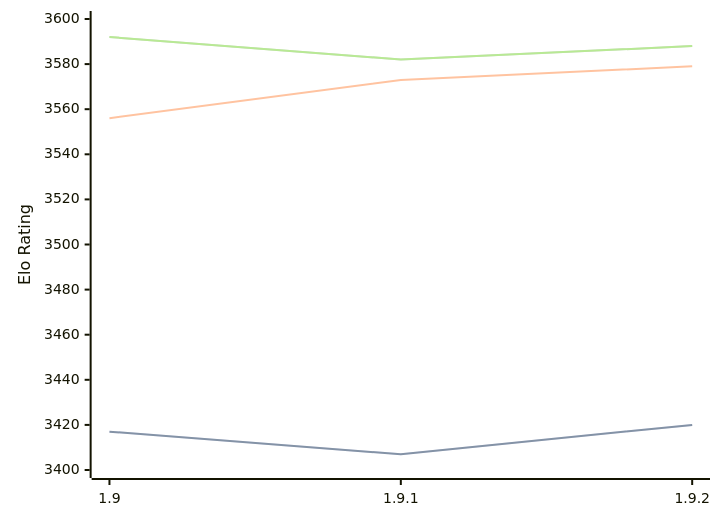
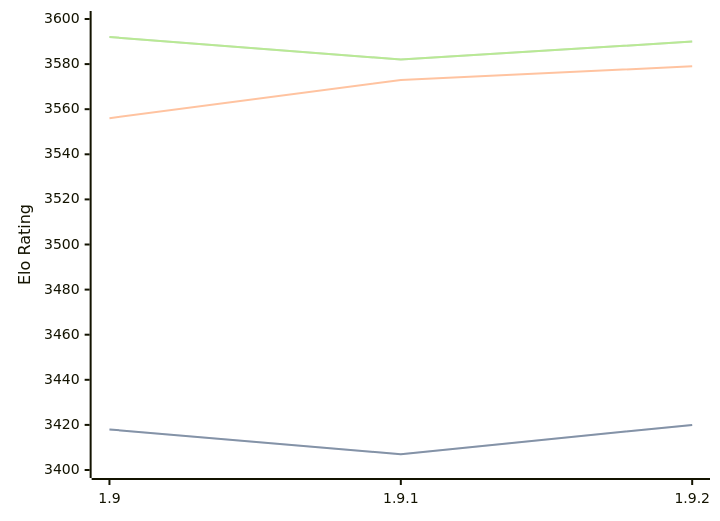
The diagram in engines/Pawnocchio.md (computer-chess-index/cci), drawn with Mermaid before and after one commit. The commit also changed other lines of this file, not shown here.

Commit message:
Update CCI Ratings (ELO VLTC) - 2026-03-02

````diff
--- a/engines/Pawnocchio.md
+++ b/engines/Pawnocchio.md
@@ -46,11 +46,11 @@
 ```mermaid
 %%{init: {"theme":"base","themeVariables":{"seriesColors:['#a3a3a3','#222221','#faa371']}}}%%
 xychart-beta
   x-axis ["1.9", "1.9.1", "1.9.2"]
   y-axis "Elo Rating" 3400 --> 3600
-  line "STC (8.0+0.08s)" [3417, 3407, 3420]
-  line "STC (8.0+0.08s)" [3417, 3407, 3420]
+  line "STC (8.0+0.08s)" [3418, 3407, 3420]
+  line "STC (8.0+0.08s)" [3418, 3407, 3420]
   line "LTC (60.0+0.60s)" [3556, 3573, 3579]
-  line "VLTC (2m24s+1.12s)" [3592, 3582, 3588]
-  line "VLTC (2m24s+1.12s)" [3592, 3582, 3588]
+  line "VLTC (2m24s+1.12s)" [3592, 3582, 3590]
+  line "VLTC (2m24s+1.12s)" [3592, 3582, 3590]
 ```
````
